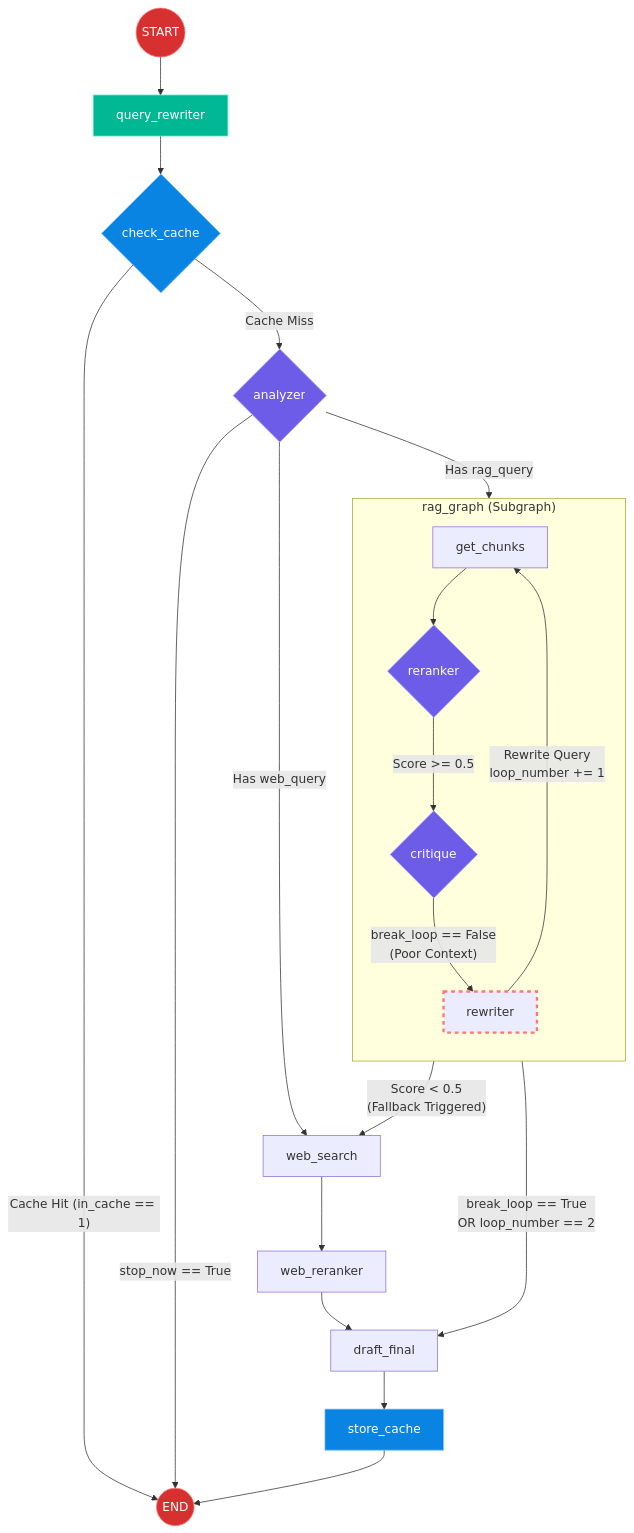
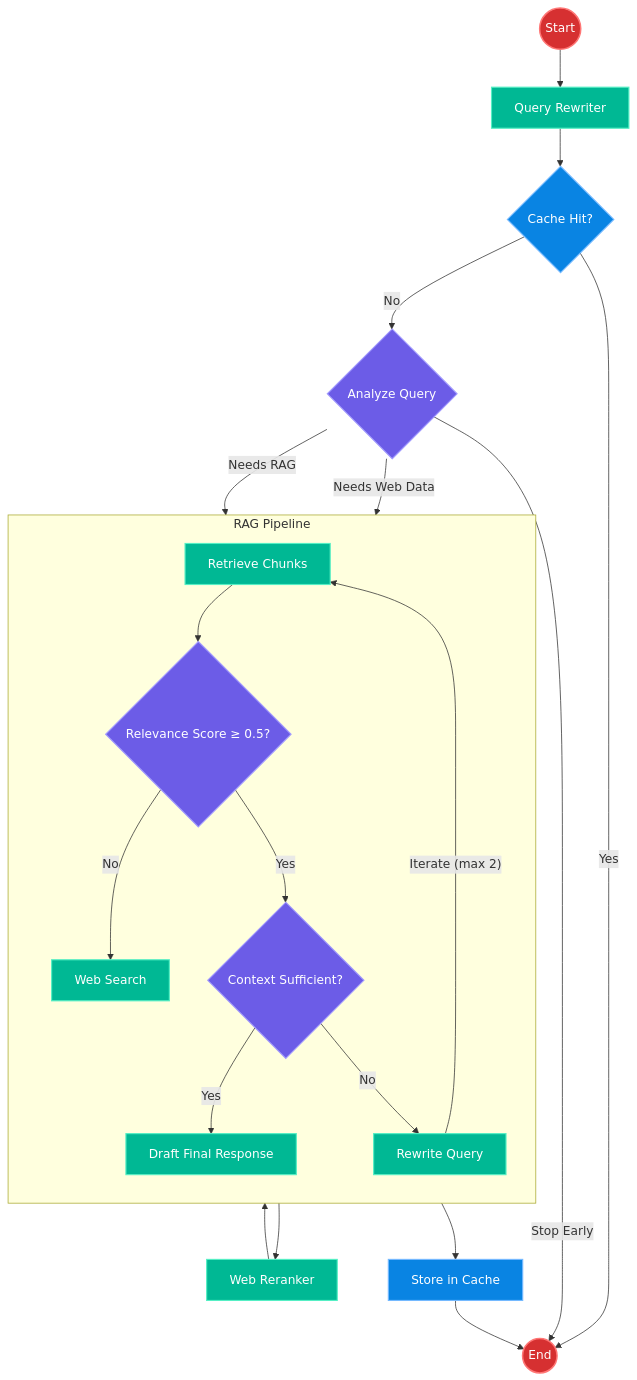
One commit to ashwath-tech/Open-Source-Agent changed the diagram in README.md. Above: the diagram before and after it, drawn with Mermaid.

````diff
--- a/README.md
+++ b/README.md
@@ -11,61 +11,60 @@
 ```mermaid
 flowchart TD
-    %% Define Styling
-    classDef loop stroke:#ff7675,stroke-width:3px,stroke-dasharray: 5 5;
-    classDef decision fill:#6c5ce7,color:#fff,stroke:#a29bfe;
-    classDef cache fill:#0984e3,color:#fff,stroke:#74b9ff;
-    classDef endpoint fill:#d63031,color:#fff,stroke:#ff7675;
-    classDef process fill:#00b894,color:#fff,stroke:#55efc4;
+    %% ===== Styling =====
+    classDef process fill:#00b894,color:#ffffff,stroke:#55efc4,stroke-width:1.5px;
+    classDef decision fill:#6c5ce7,color:#ffffff,stroke:#a29bfe,stroke-width:1.5px;
+    classDef cache fill:#0984e3,color:#ffffff,stroke:#74b9ff,stroke-width:1.5px;
+    classDef endpoint fill:#d63031,color:#ffffff,stroke:#ff7675,stroke-width:2px;
+    classDef loop stroke:#ff7675,stroke-width:2px,stroke-dasharray: 5 5;
 
-    %% Main Nodes
-    Start((START)):::endpoint
-    End((END)):::endpoint
-    
-    QueryRewriter[query_rewriter]:::process
-    CheckCache{check_cache}:::cache
-    Analyzer{analyzer}:::decision
-    WebSearch[web_search]
-    WebReranker[web_reranker]
-    Final[draft_final]
-    StoreCache[store_cache]:::cache
+    %% ===== Main Flow =====
+    Start((Start)):::endpoint
+    End((End)):::endpoint
 
-    %% Main Graph Routing
+    QueryRewriter["Query Rewriter"]:::process
+    CacheCheck{"Cache Hit?"}:::cache
+    Analyzer{"Analyze Query"}:::decision
+
+    WebSearch["Web Search"]:::process
+    WebRerank["Web Reranker"]:::process
+
+    Final["Draft Final Response"]:::process
+    CacheStore["Store in Cache"]:::cache
+
+    %% ===== Main Routing =====
     Start --> QueryRewriter
-    QueryRewriter --> CheckCache
-    CheckCache -- "Cache Hit (in_cache == 1)" --> End
-    CheckCache -- "Cache Miss" --> Analyzer
-    
-    Analyzer -- "stop_now == True" --> End
-    Analyzer -- "Has web_query" --> WebSearch
+    QueryRewriter --> CacheCheck
 
-    %% Web Branch
-    WebSearch --> WebReranker
-    WebReranker --> Final
+    CacheCheck -- Yes --> End
+    CacheCheck -- No --> Analyzer
 
-    %% RAG Subgraph Definition
-    subgraph RAG_Pipeline ["rag_graph (Subgraph)"]
+    Analyzer -- "Stop Early" --> End
+    Analyzer -- "Needs Web Data" --> WebSearch
+    Analyzer -- "Needs RAG" --> GetChunks
+
+    %% ===== Web Pipeline =====
+    WebSearch --> WebRerank --> Final
+
+    %% ===== RAG Subgraph =====
+    subgraph RAG_Pipeline ["RAG Pipeline"]
         direction TB
-        GetChunks[get_chunks]
-        Reranker{reranker}:::decision
-        Critique{critique}:::decision
-        Rewriter[rewriter]:::loop
 
-        GetChunks --> Reranker
-        Reranker -- "Score >= 0.5" --> Critique
-        
-        %% The Feedback Loop
-        Critique -- "break_loop == False\n(Poor Context)" --> Rewriter
-        Rewriter -- "Rewrite Query\nloop_number += 1" --> GetChunks
+        GetChunks["Retrieve Chunks"]:::process
+        Rerank{"Relevance Score ≥ 0.5?"}:::decision
+        Critique{"Context Sufficient?"}:::decision
+        Rewrite["Rewrite Query"]:::process
+
+        GetChunks --> Rerank
+
+        Rerank -- Yes --> Critique
+        Rerank -- No --> WebSearch
+
+        Critique -- Yes --> Final
+        Critique -- No --> Rewrite
+
+        Rewrite -->|"Iterate (max 2)"| GetChunks
     end
 
-    %% Subgraph Connections
-    Analyzer -- "Has rag_query" --> GetChunks
-    
-    %% Dynamic Fallback Edge
-    Reranker -- "Score < 0.5\n(Fallback Triggered)" --> WebSearch
-    
-    Critique -- "break_loop == True\nOR loop_number == 2" --> Final
-    
-    Final --> StoreCache
-    StoreCache --> End
+    %% ===== Finalization =====
+    Final --> CacheStore --> End
 ```
````
